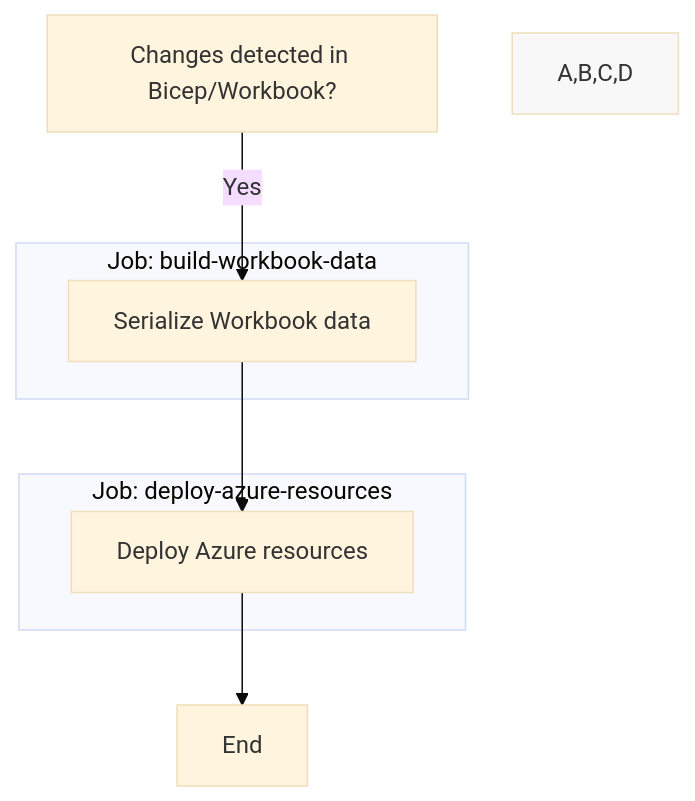
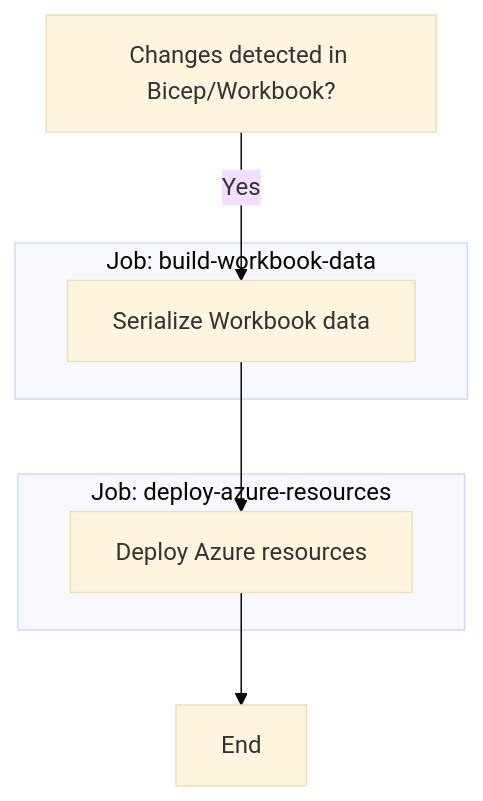
One commit to bartvdbraak/azure-audit-workbooks changed the diagram in README.md. Above: the diagram before and after it, drawn with Mermaid (base theme).

Commit message:
Remove unnecessary styling in flowchart

````diff
--- a/README.md
+++ b/README.md
@@ -36,16 +36,14 @@
 ```mermaid
 graph TD;
     A[Changes detected in Bicep/Workbook?] -->|Yes| B[Serialize Workbook data];
     B --> C[Deploy Azure resources];
     C --> D[End];
 
     subgraph "Job: build-workbook-data"
     B
     end
 
     subgraph "Job: deploy-azure-resources"
     C
     end
-
-    style A,B,C,D fill:#F8F8F8;
 ```
````
